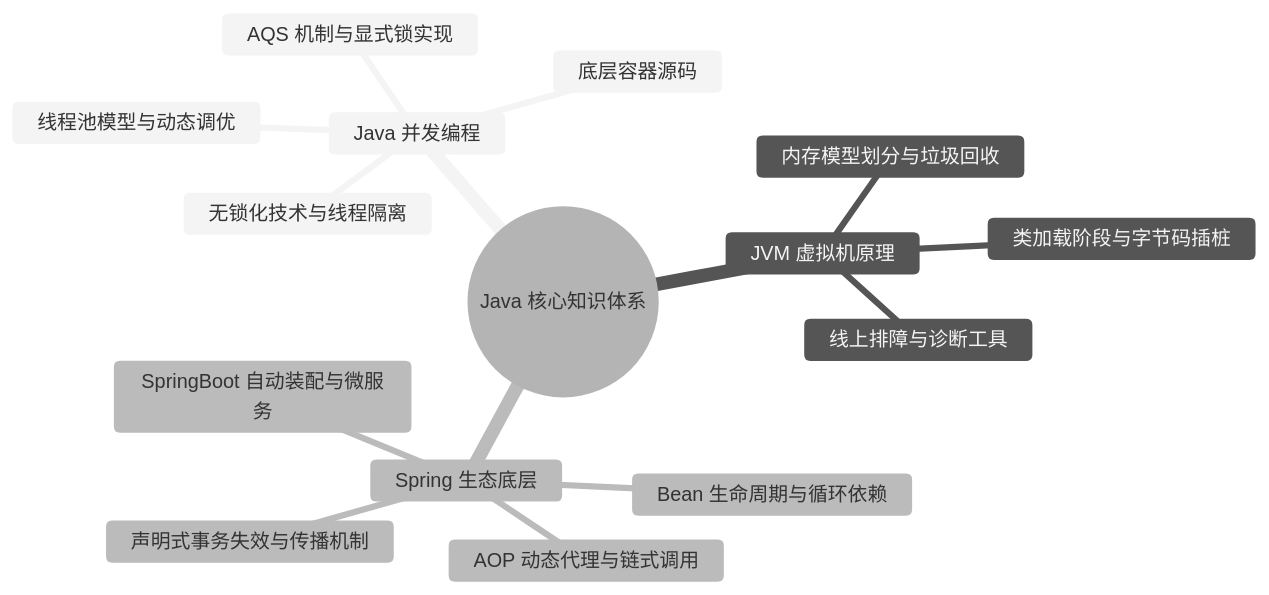
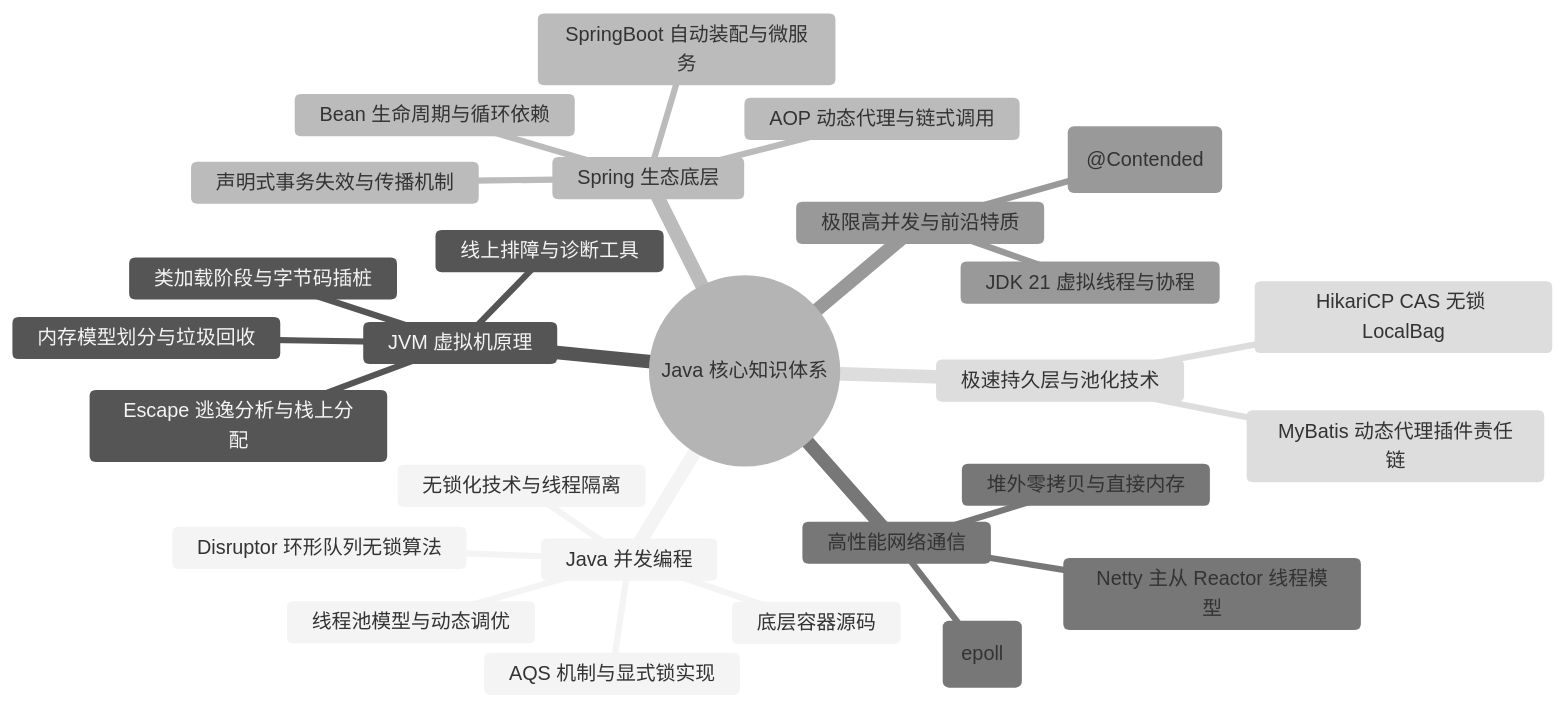
Before and after one commit to Aiden-Coding/AiDocs: the diagram in docs/java/readme.md, drawn with Mermaid (neutral theme). The commit also changed other lines of this file and 2 other files, not shown here.

````diff
--- a/docs/java/readme.md
+++ b/docs/java/readme.md
@@ -9,18 +9,30 @@
 ```mermaid
 mindmap
   root((Java 核心知识体系))
     Java 并发编程
       AQS 机制与显式锁实现
       底层容器源码
       无锁化技术与线程隔离
       线程池模型与动态调优
+      Disruptor 环形队列无锁算法
     JVM 虚拟机原理
       类加载阶段与字节码插桩
       内存模型划分与垃圾回收
       线上排障与诊断工具
+      Escape 逃逸分析与栈上分配
     Spring 生态底层
       Bean 生命周期与循环依赖
       AOP 动态代理与链式调用
       声明式事务失效与传播机制
       SpringBoot 自动装配与微服务
+    高性能网络通信
+      Linux 核心 I/O 模型(epoll)
+      Netty 主从 Reactor 线程模型
+      堆外零拷贝与直接内存
+    极限高并发与前沿特质
+      JDK 21 虚拟线程与协程
+      Cache Line 伪共享优化 (@Contended)
+    极速持久层与池化技术
+      HikariCP CAS 无锁 LocalBag
+      MyBatis 动态代理插件责任链
 ```
````
